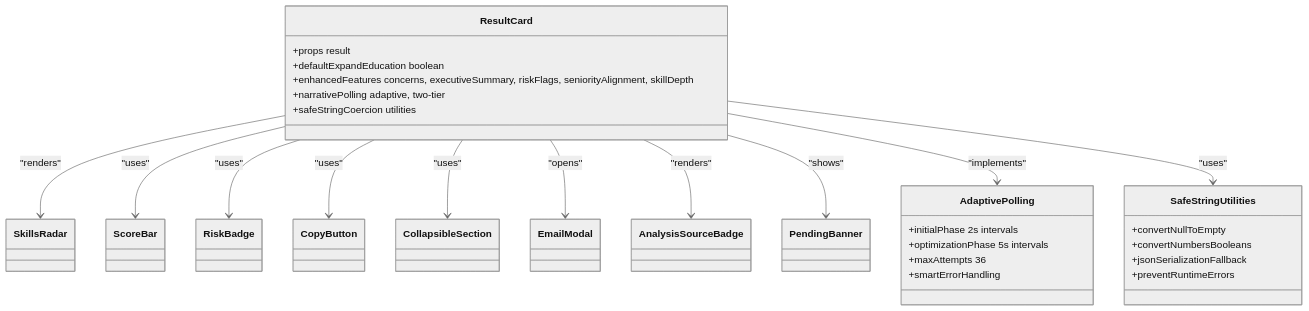
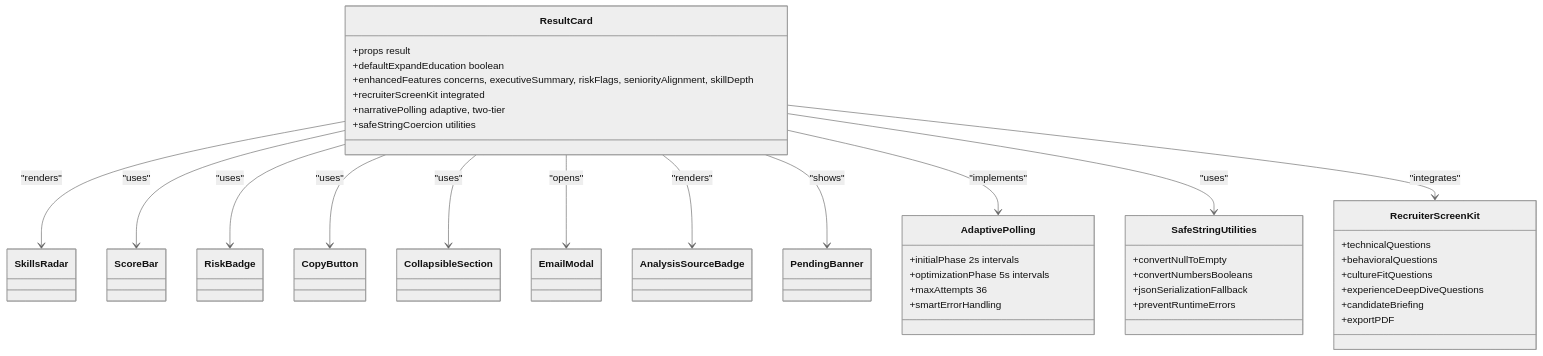
Before and after one commit to Revanththetalogics/aireume: the fifth of 7 diagrams in .qoder/repowiki/en/content/Frontend Architecture/Component Library/Component Library.md, drawn with Mermaid (neutral theme). The commit also changed other lines of this file and 6 other files, not shown here.

````diff
--- a/.qoder/repowiki/en/content/Frontend Architecture/Component Library/Component Library.md
+++ b/.qoder/repowiki/en/content/Frontend Architecture/Component Library/Component Library.md
@@ -389,40 +402,50 @@
 ```mermaid
 classDiagram
 class ResultCard {
 +props result
 +defaultExpandEducation boolean
 +enhancedFeatures concerns, executiveSummary, riskFlags, seniorityAlignment, skillDepth
++recruiterScreenKit integrated
 +narrativePolling adaptive, two-tier
 +safeStringCoercion utilities
 }
 class SkillsRadar
 class ScoreBar
 class RiskBadge
 class CopyButton
 class CollapsibleSection
 class EmailModal
 class AnalysisSourceBadge
 class PendingBanner
 class AdaptivePolling {
 +initialPhase 2s intervals
 +optimizationPhase 5s intervals
 +maxAttempts 36
 +smartErrorHandling
 }
 class SafeStringUtilities {
 +convertNullToEmpty
 +convertNumbersBooleans
 +jsonSerializationFallback
 +preventRuntimeErrors
 }
+class RecruiterScreenKit {
++technicalQuestions
++behavioralQuestions
++cultureFitQuestions
++experienceDeepDiveQuestions
++candidateBriefing
++exportPDF
+}
 ResultCard --> SkillsRadar : "renders"
 ResultCard --> ScoreBar : "uses"
 ResultCard --> RiskBadge : "uses"
 ResultCard --> CopyButton : "uses"
 ResultCard --> CollapsibleSection : "uses"
 ResultCard --> EmailModal : "opens"
 ResultCard --> AnalysisSourceBadge : "renders"
 ResultCard --> PendingBanner : "shows"
 ResultCard --> AdaptivePolling : "implements"
 ResultCard --> SafeStringUtilities : "uses"
+ResultCard --> RecruiterScreenKit : "integrates"
 ```
````
